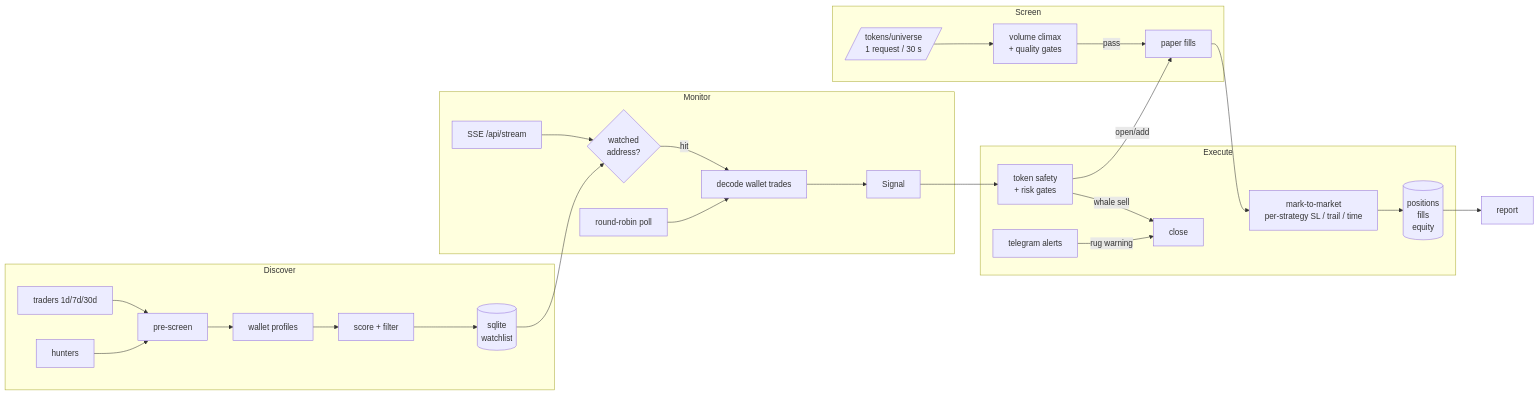
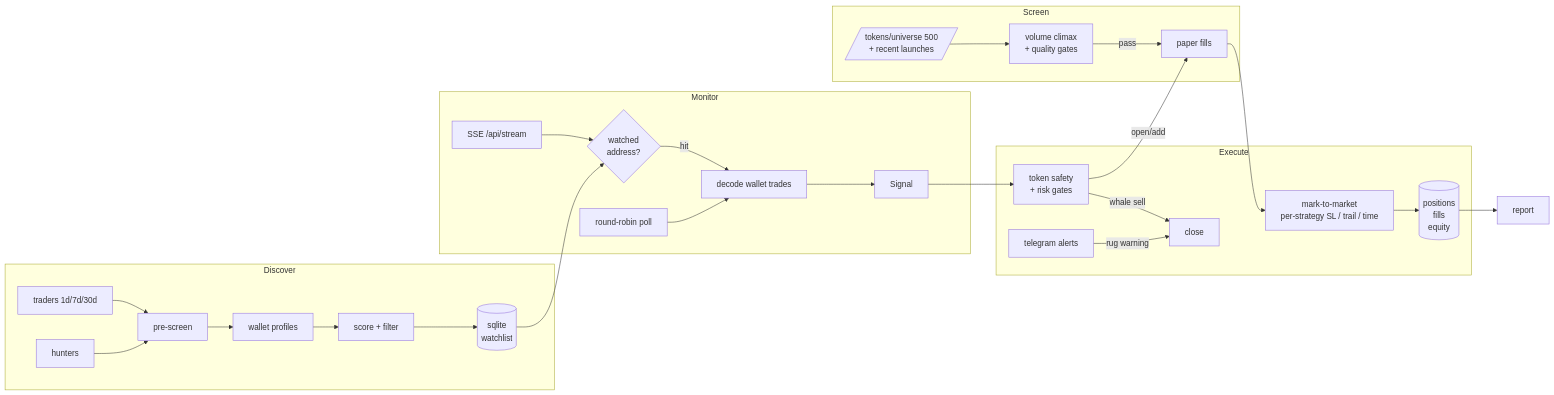
The diagram in README.md (hernanda-git/elysium), drawn with Mermaid before and after one commit. The commit also changed other lines of this file, not shown here.

Commit message:
Document the tuned screen gates

````diff
--- a/README.md
+++ b/README.md
@@ -79,34 +79,34 @@
 ```mermaid
 flowchart LR
     subgraph Discover
         LB[traders 1d/7d/30d] --> SC[pre-screen]
         HU[hunters] --> SC
         SC --> PF[wallet profiles]
         PF --> RK[score + filter]
         RK --> DB[(sqlite<br/>watchlist)]
     end
 
     subgraph Monitor
         SSE[SSE /api/stream] --> HIT{watched<br/>address?}
         DB --> HIT
         HIT -->|hit| DEC[decode wallet trades]
         POLL[round-robin poll] --> DEC
         DEC --> SIG[Signal]
     end
 
     subgraph Screen
-        UNI[/tokens/universe<br/>1 request / 30 s/] --> EVAL[volume climax<br/>+ quality gates]
+        UNI[/tokens/universe 500<br/>+ recent launches/] --> EVAL[volume climax<br/>+ quality gates]
         EVAL -->|pass| PAPER
     end
 
     subgraph Execute
         SIG --> GATE[token safety<br/>+ risk gates]
         GATE -->|open/add| PAPER[paper fills]
         GATE -->|whale sell| EXIT[close]
         PAPER --> MARK[mark-to-market<br/>per-strategy SL / trail / time]
         MARK --> LEDGER[(positions<br/>fills<br/>equity)]
         TG[telegram alerts] -->|rug warning| EXIT
     end
 
     LEDGER --> REP[report]
 ```
````
